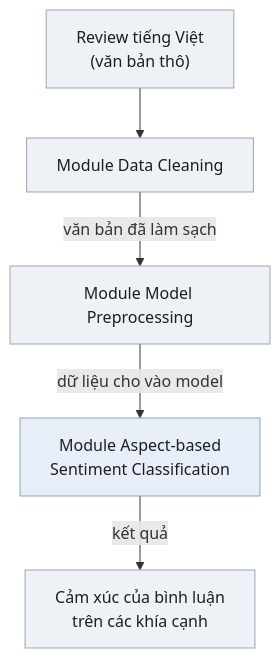
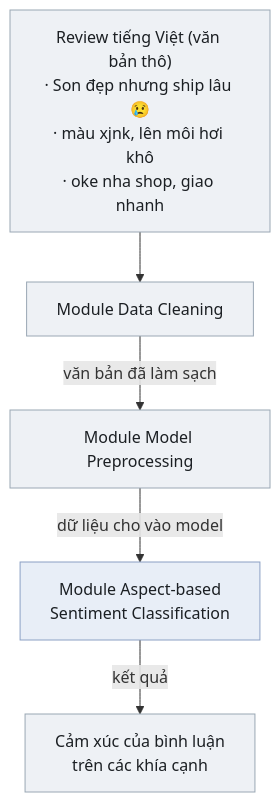
Before and after one commit to TrieuKhac-dev/SentimentX: the diagram in presentations/inference_pipeline.md, drawn with Mermaid.

Commit message:
docs(presentations): keep the review examples inside the input node

````diff
--- a/presentations/inference_pipeline.md
+++ b/presentations/inference_pipeline.md
@@ -9,17 +9,17 @@
 ```mermaid
 flowchart TD
-    RAW["Review tiếng Việt<br/>(văn bản thô)"]:::io
+    RAW["Review tiếng Việt (văn bản thô)<br/>· Son đẹp nhưng ship lâu 😢<br/>· màu xjnk, lên môi hơi khô<br/>· oke nha shop, giao nhanh"]:::io
     CLEAN["Module Data Cleaning"]:::step
     PREP["Module Model Preprocessing"]:::step
     CLS["Module Aspect-based<br/>Sentiment Classification"]:::model
     OUT["Cảm xúc của bình luận<br/>trên các khía cạnh"]:::io
 
     RAW --> CLEAN
     CLEAN -->|văn bản đã làm sạch| PREP
     PREP -->|dữ liệu cho vào model| CLS
     CLS -->|kết quả| OUT
 
     classDef io    fill:#eef1f5,stroke:#9aa7b4,color:#1b1f23,stroke-width:1px;
     classDef step  fill:#eef1f5,stroke:#9aa7b4,color:#1b1f23,stroke-width:1px;
     classDef model fill:#e8eef7,stroke:#8ba0c4,color:#1b1f23,stroke-width:1px;
 ```
````
